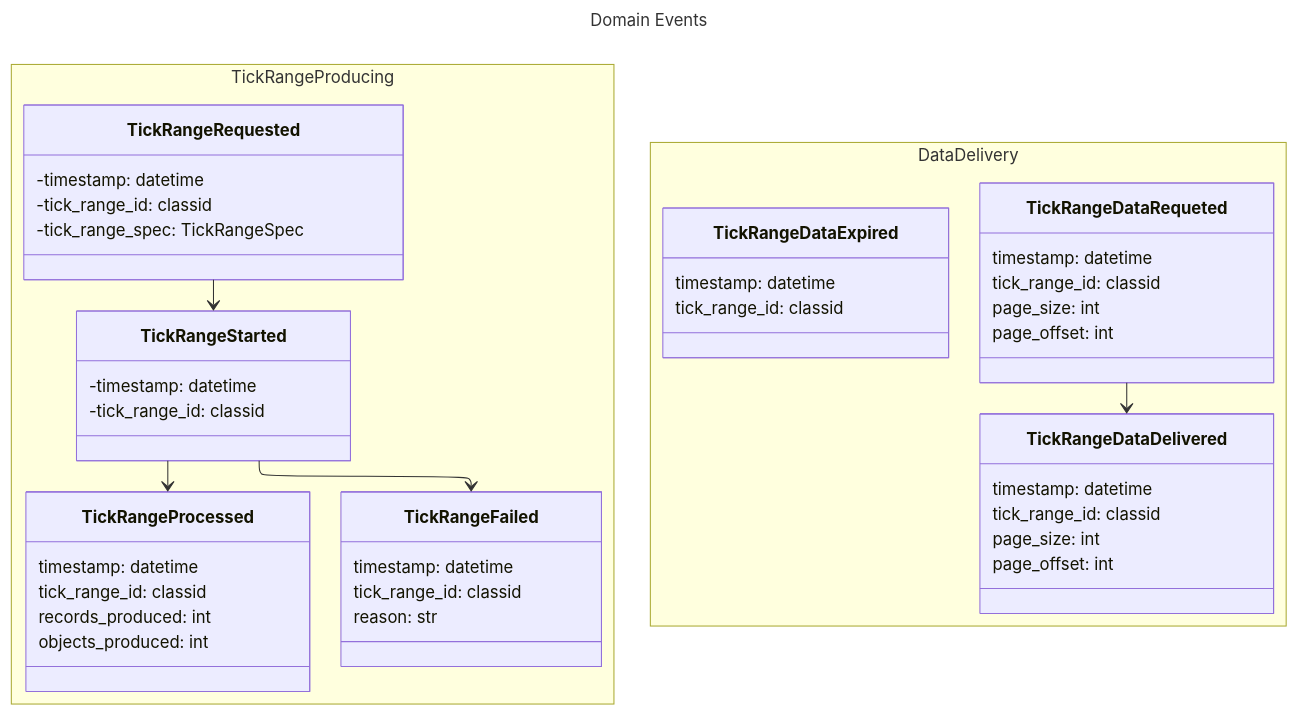
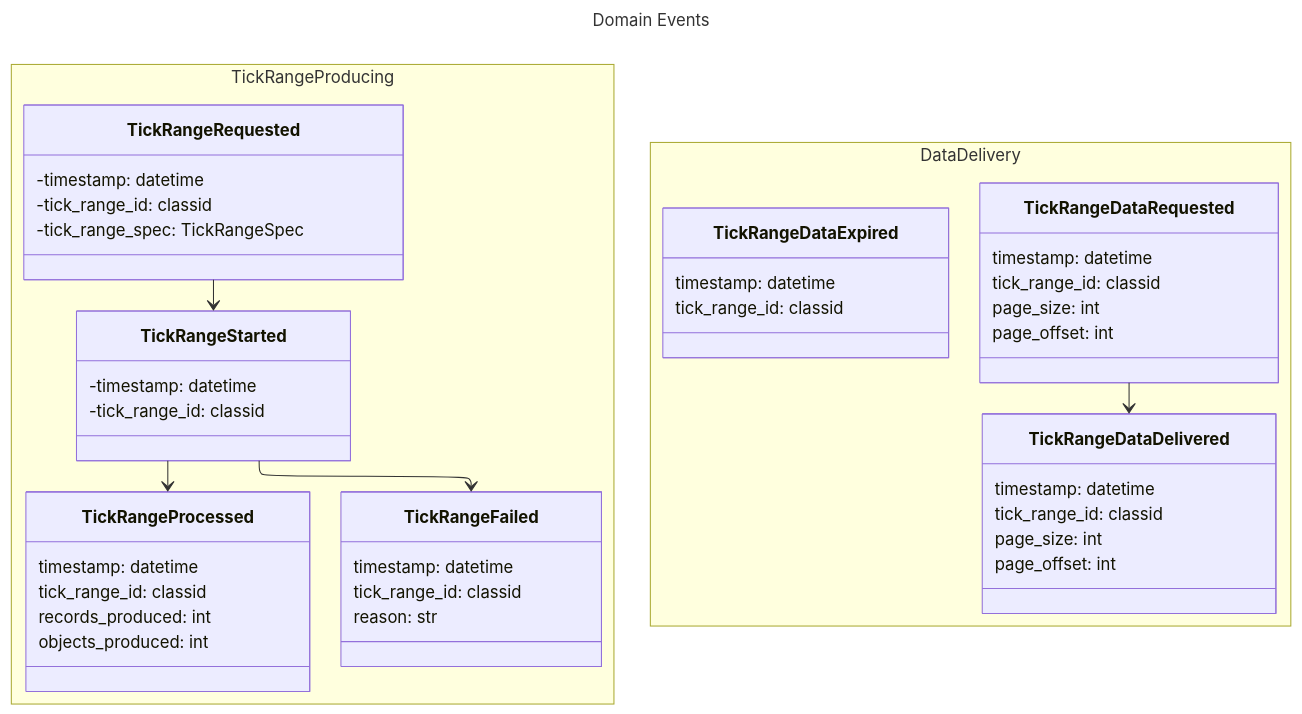
One commit to mchiuminatto/synthetick changed the third of 4 diagrams in docs/design/domain-analysis.md. Above: the diagram before and after it, drawn with Mermaid. The commit also changed other lines of this file, not shown here.

````diff
--- a/docs/design/domain-analysis.md
+++ b/docs/design/domain-analysis.md
@@ -180,66 +180,66 @@
 ```mermaid
 ---
 config:
   theme: default
   look: classic
   layout: elk
 title: Domain Events
 ---
 classDiagram
   direction TB
   namespace TickRangeProducing{
 
     class TickRangeRequested{
       -timestamp: datetime
       -tick_range_id: classid
       -tick_range_spec: TickRangeSpec
     }
 
     class TickRangeStarted{
       -timestamp: datetime
       -tick_range_id: classid
     }
 
     class TickRangeProcessed{
       timestamp: datetime
       tick_range_id: classid
       records_produced: int
       objects_produced: int
     }
 
     class TickRangeFailed{
       timestamp: datetime
       tick_range_id: classid
       reason: str
     }
   }
 
   namespace DataDelivery{
-    class TickRangeDataRequeted{
+    class TickRangeDataRequested{
       timestamp: datetime
       tick_range_id: classid
       page_size: int
       page_offset: int
       
     }
 
     class TickRangeDataDelivered{
       timestamp: datetime
       tick_range_id: classid
       page_size: int
       page_offset: int
     }
 
     class TickRangeDataExpired{
       timestamp: datetime
       tick_range_id: classid
     }
   }
   TickRangeRequested --> TickRangeStarted
   TickRangeStarted --> TickRangeProcessed
   TickRangeStarted --> TickRangeFailed
-  TickRangeDataRequeted --> TickRangeDataDelivered
+  TickRangeDataRequested --> TickRangeDataDelivered
 
 
 
 ```
````
